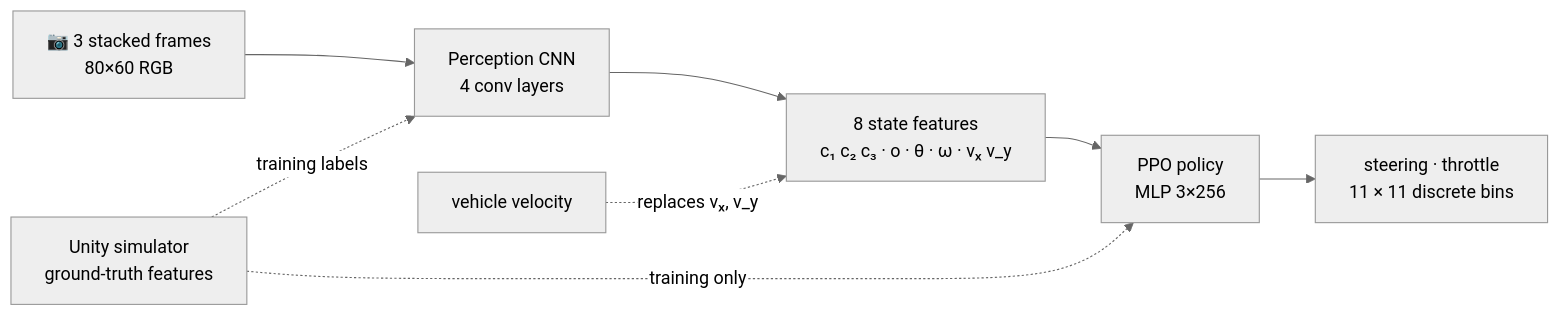
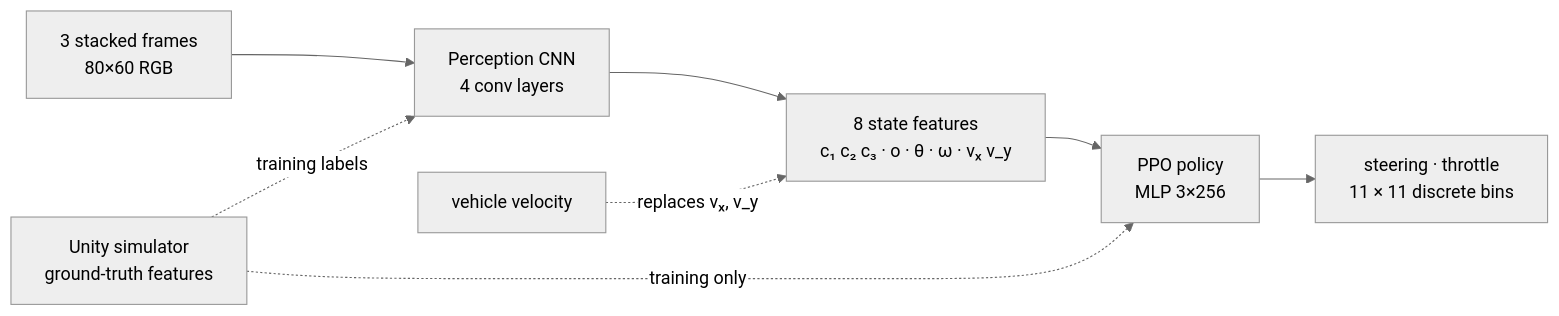
The diagram in README.md (benbarkow/ml-racing), drawn with Mermaid (neutral theme) before and after one commit. The commit also changed other lines of this file and 2 other files, not shown here.

````diff
--- a/README.md
+++ b/README.md
@@ -33,10 +33,10 @@
 ```mermaid
 flowchart LR
-    CAM["📷 3 stacked frames<br/>80×60 RGB"] --> CNN["Perception CNN<br/>4 conv layers"]
+    CAM["3 stacked frames<br/>80×60 RGB"] --> CNN["Perception CNN<br/>4 conv layers"]
     CNN --> F["8 state features<br/>c₁ c₂ c₃ · o · θ · ω · vₓ v_y"]
     VEL["vehicle velocity"] -. replaces vₓ, v_y .-> F
     F --> PI["PPO policy<br/>MLP 3×256"]
     PI --> ACT["steering · throttle<br/>11 × 11 discrete bins"]
     SIM["Unity simulator<br/>ground-truth features"] -. "training only" .-> PI
     SIM -. "training labels" .-> CNN
 ```
````
